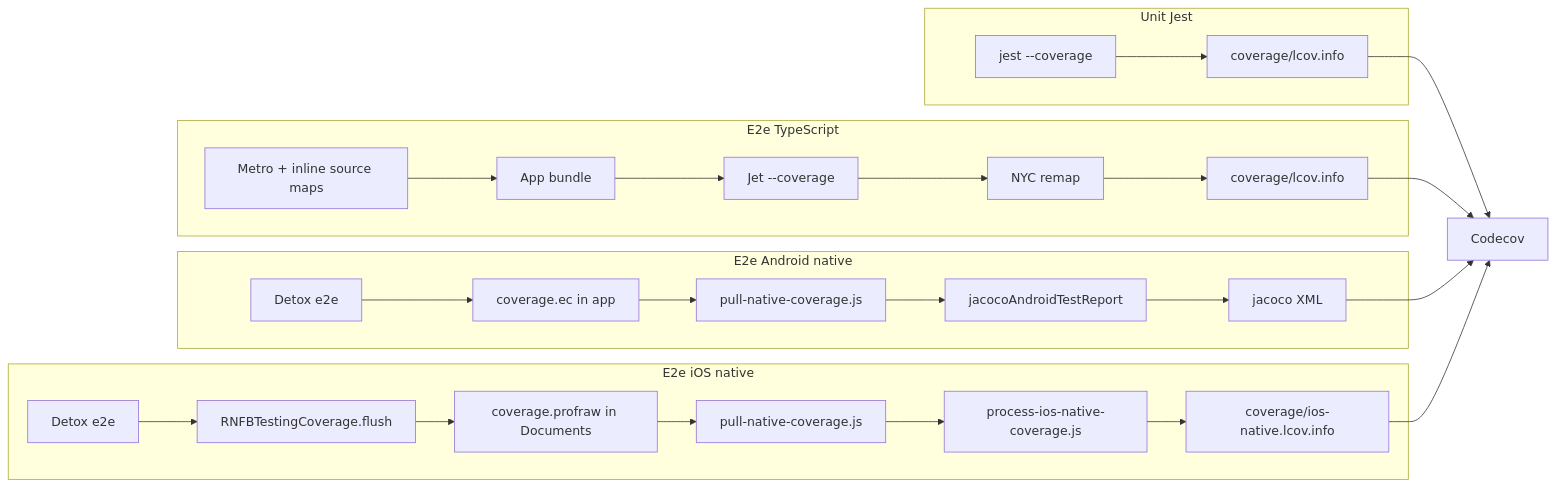
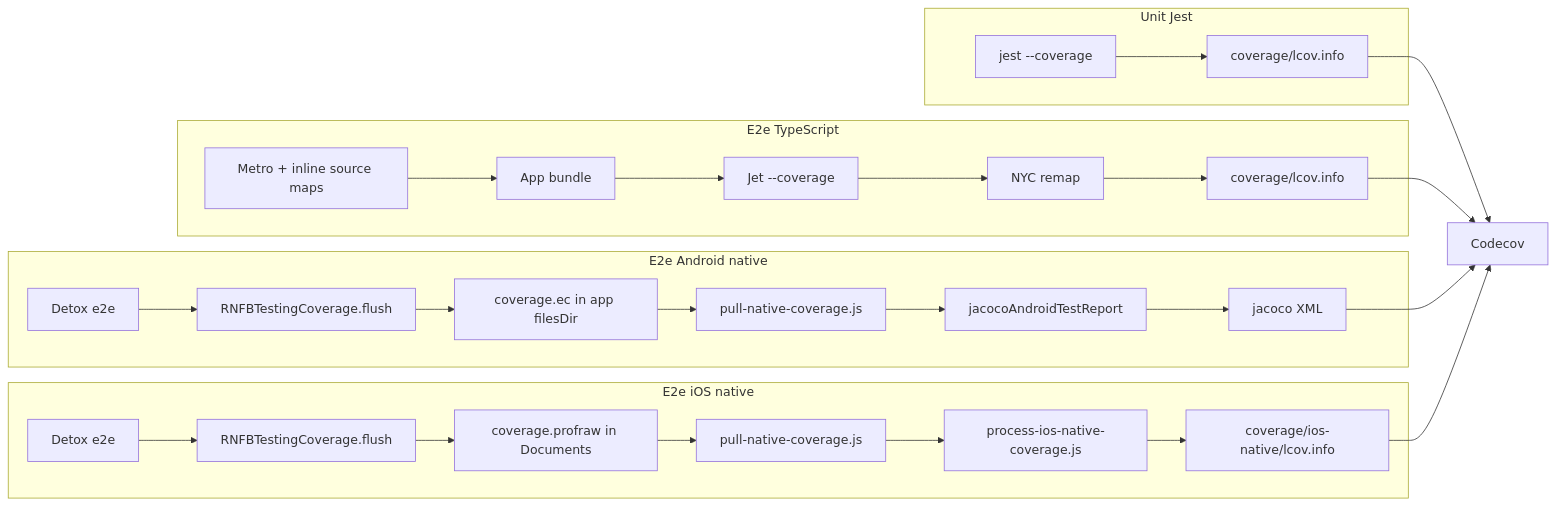
Before and after one commit to invertase/react-native-firebase: the diagram in okf-bundle/testing/coverage-design.md, drawn with Mermaid. The commit also changed other lines of this file and 7 other files, not shown here.

Commit message:
test: repair native coverage android dump / ios upload

````diff
--- a/okf-bundle/testing/coverage-design.md
+++ b/okf-bundle/testing/coverage-design.md
@@ -24,29 +24,30 @@
 ```mermaid
 flowchart LR
   subgraph unit [Unit Jest]
     J1[jest --coverage] --> J2[coverage/lcov.info]
   end
   subgraph ts_e2e [E2e TypeScript]
     M[Metro + inline source maps] --> A[App bundle]
     A --> J[Jet --coverage]
     J --> N[NYC remap]
     N --> T2[coverage/lcov.info]
   end
   subgraph android_native [E2e Android native]
-    D1[Detox e2e] --> EC[coverage.ec in app]
+    D1[Detox e2e] --> FLA[RNFBTestingCoverage.flush]
+    FLA --> EC[coverage.ec in app filesDir]
     EC --> P1[pull-native-coverage.js]
     P1 --> J1R[jacocoAndroidTestReport]
     J1R --> AX[jacoco XML]
   end
   subgraph ios_native [E2e iOS native]
-    D2[Detox e2e] --> FL[RNFBTestingCoverage.flush]
-    FL --> PR[coverage.profraw in Documents]
+    D2[Detox e2e] --> FLI[RNFBTestingCoverage.flush]
+    FLI --> PR[coverage.profraw in Documents]
     PR --> P2[pull-native-coverage.js]
     P2 --> LLVM[process-ios-native-coverage.js]
-    LLVM --> I2[coverage/ios-native.lcov.info]
+    LLVM --> I2[coverage/ios-native/lcov.info]
   end
   J2 --> C[Codecov]
   T2 --> C
   AX --> C
   I2 --> C
 ```
````
